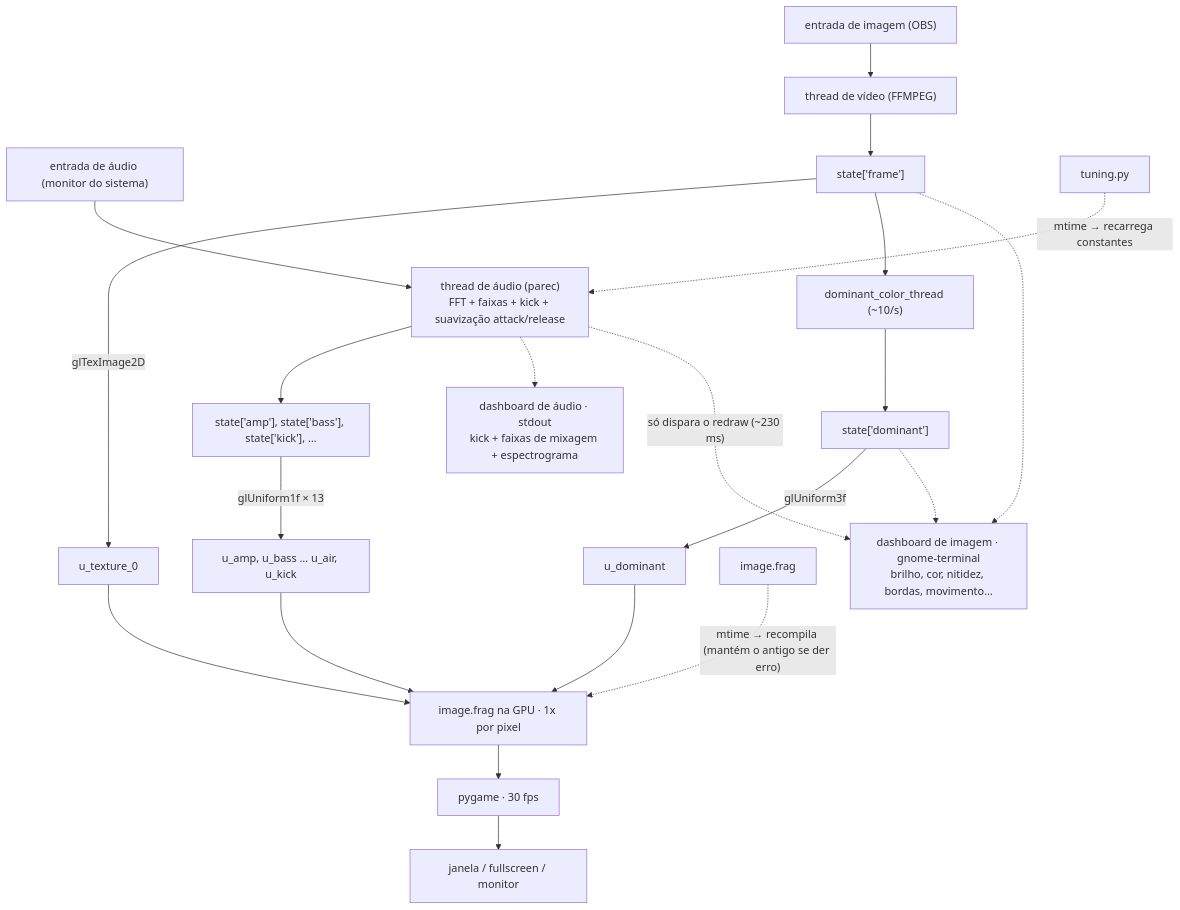
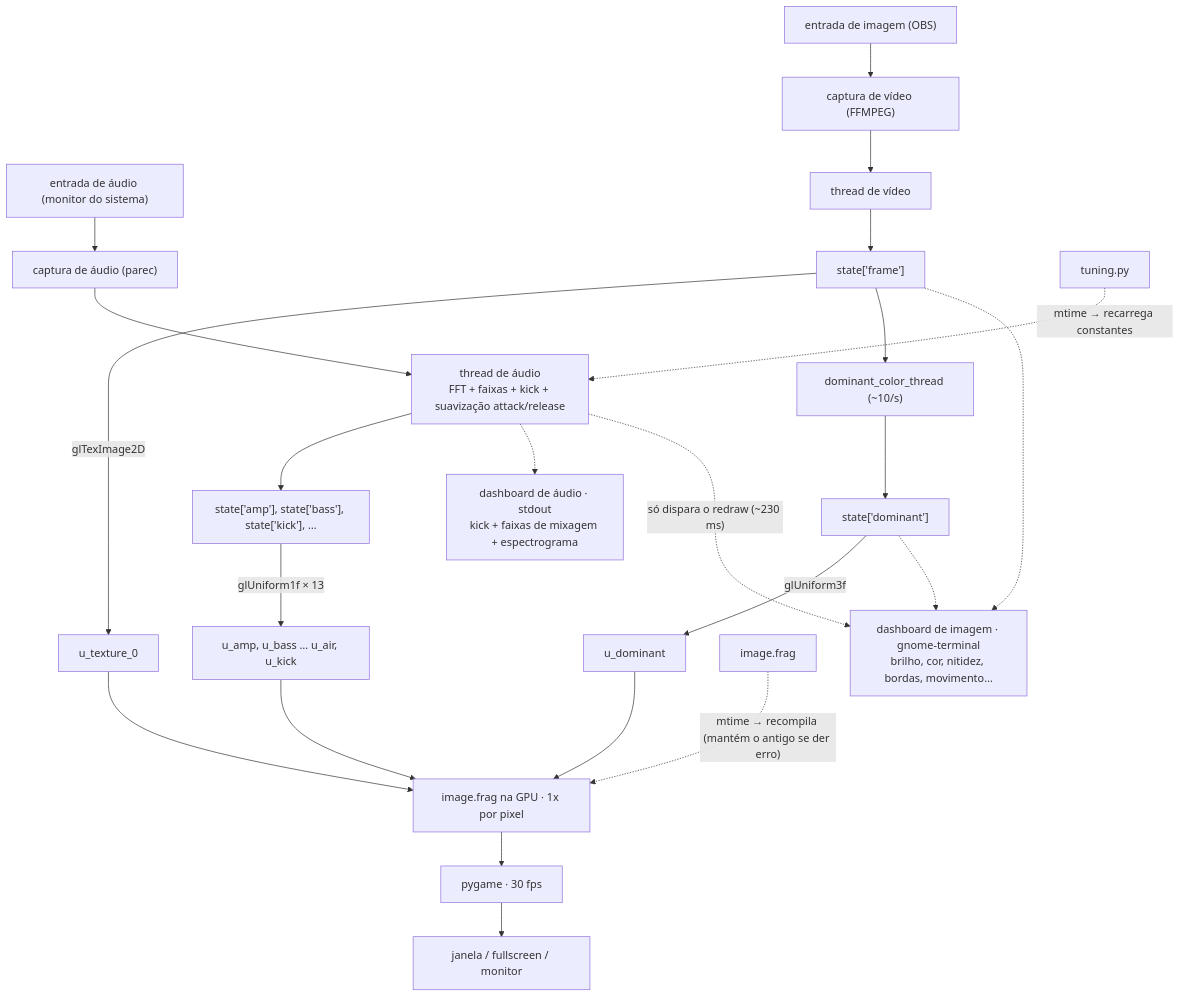
The first of 2 diagrams in README.md (paulocremas/cremas-synth-lab), drawn with Mermaid before and after one commit.

Commit message:
Flow 1: FFMPEG/parec as their own process nodes between input and thread

````diff
--- a/README.md
+++ b/README.md
@@ -43,30 +43,32 @@
 ```mermaid
 flowchart TD
     IMG["entrada de imagem (OBS)"]
     AUD["entrada de áudio (monitor do sistema)"]
 
-    IMG --> VT["thread de vídeo (FFMPEG)"]
+    IMG --> CAPV["captura de vídeo (FFMPEG)"]
+    CAPV --> VT["thread de vídeo"]
     VT --> SF["state['frame']"]
-    AUD --> AT["thread de áudio (parec)<br/>FFT + faixas + kick + suavização attack/release"]
+    AUD --> CAPA["captura de áudio (parec)"]
+    CAPA --> AT["thread de áudio<br/>FFT + faixas + kick + suavização attack/release"]
 
     SF -->|"glTexImage2D"| UTEX["u_texture_0"]
     SF --> DCT["dominant_color_thread (~10/s)"]
     DCT --> SD["state['dominant']"]
     SD -->|"glUniform3f"| UDOM["u_dominant"]
     AT --> SA["state['amp'], state['bass'], state['kick'], …"]
     SA -->|"glUniform1f × 13"| UAUD["u_amp, u_bass … u_air, u_kick"]
 
     TUN["tuning.py"] -.->|"mtime → recarrega constantes"| AT
     FRAG["image.frag"] -.->|"mtime → recompila (mantém o antigo se der erro)"| SHADER
 
     UTEX --> SHADER["image.frag na GPU · 1x por pixel"]
     UDOM --> SHADER
     UAUD --> SHADER
     SHADER --> PG["pygame · 30 fps"]
     PG --> WIN["janela / fullscreen / monitor"]
 
     AT -.-> DASHA["dashboard de áudio · stdout<br/>kick + faixas de mixagem + espectrograma"]
     SF -.-> DASHI["dashboard de imagem · gnome-terminal<br/>brilho, cor, nitidez, bordas, movimento…"]
     SD -.-> DASHI
     AT -.->|"só dispara o redraw (~230 ms)"| DASHI
 ```
````
